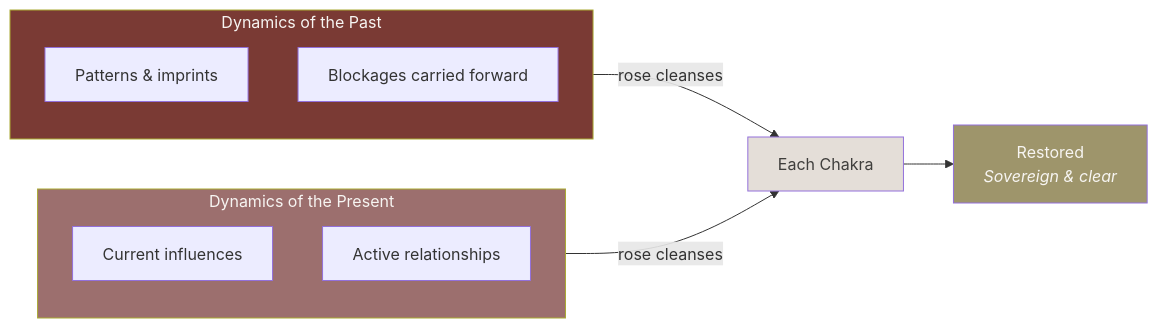
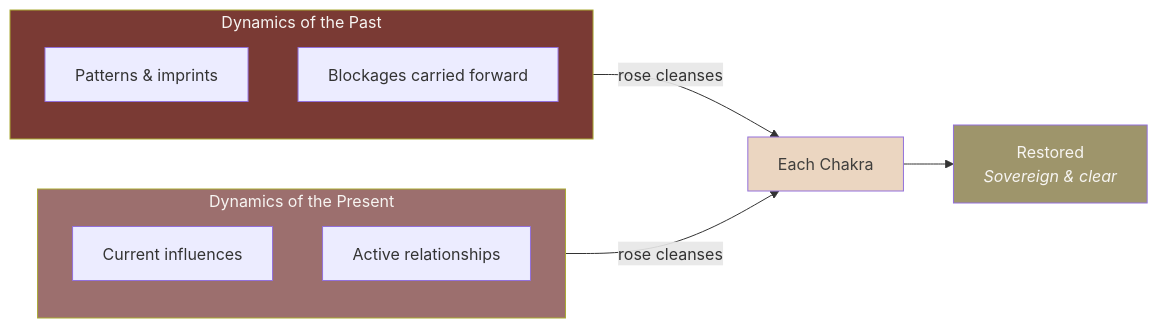
Diagram 15 of 28 in docs/brand/brand-dna.md (Light-Brands/roses-os), drawn with Mermaid before and after one commit. The commit also changed other lines of this file and 2 other files, not shown here.

````diff
--- a/docs/brand/brand-dna.md
+++ b/docs/brand/brand-dna.md
@@ -890,23 +890,23 @@
 ```mermaid
 graph LR
     subgraph PAST["Dynamics of the Past"]
         PP["Patterns & imprints"]
         PB["Blockages carried forward"]
     end
 
     CHAKRA["Each Chakra"]
 
     subgraph PRESENT["Dynamics of the Present"]
         PI["Current influences"]
         PR["Active relationships"]
     end
 
     PAST -->|"rose cleanses"| CHAKRA
     PRESENT -->|"rose cleanses"| CHAKRA
     CHAKRA --> RESTORED["Restored<br/><i>Sovereign & clear</i>"]
 
     style PAST fill:#7A3A34,color:#F7F5F2
     style PRESENT fill:#9C6F6E,color:#F7F5F2
-    style CHAKRA fill:#E4DED8,color:#3F3E3C
+    style CHAKRA fill:#EBD6C1,color:#3F3E3C
     style RESTORED fill:#9E956B,color:#F7F5F2
 ```
````
